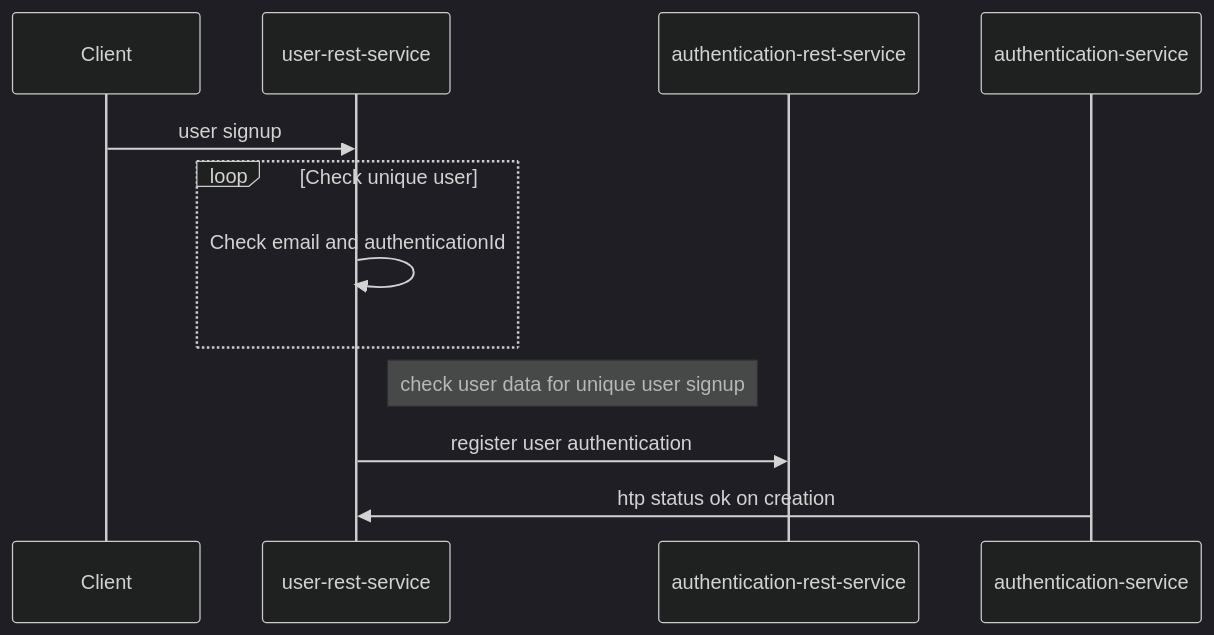
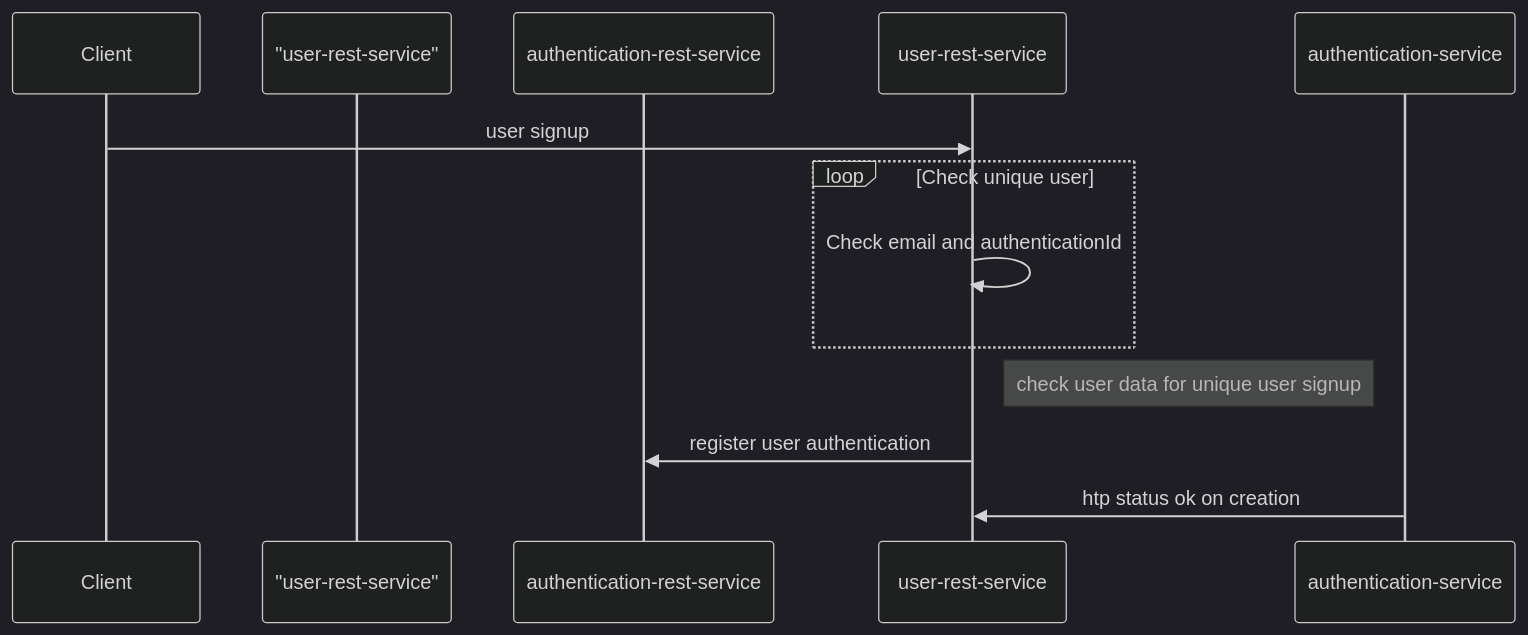
Before and after one commit to sonamsamdupkhangsar/user-rest-service: the third of 4 diagrams in README.md, drawn with Mermaid (dark theme).

Commit message:
test readme

````diff
--- a/README.md
+++ b/README.md
@@ -94,13 +94,13 @@
 ```mermaid 
 sequenceDiagram
     participant Client
-    participant user-rest-service
+    participant "user-rest-service"
     participant authentication-rest-service
     Client->>user-rest-service: user signup
     loop Check unique user
         user-rest-service->>user-rest-service: Check email and authenticationId 
     end
     Note right of user-rest-service: check user data for unique user signup
     user-rest-service ->> authentication-rest-service: register user authentication
     authentication-service ->> user-rest-service: htp status ok on creation
 ```
````
